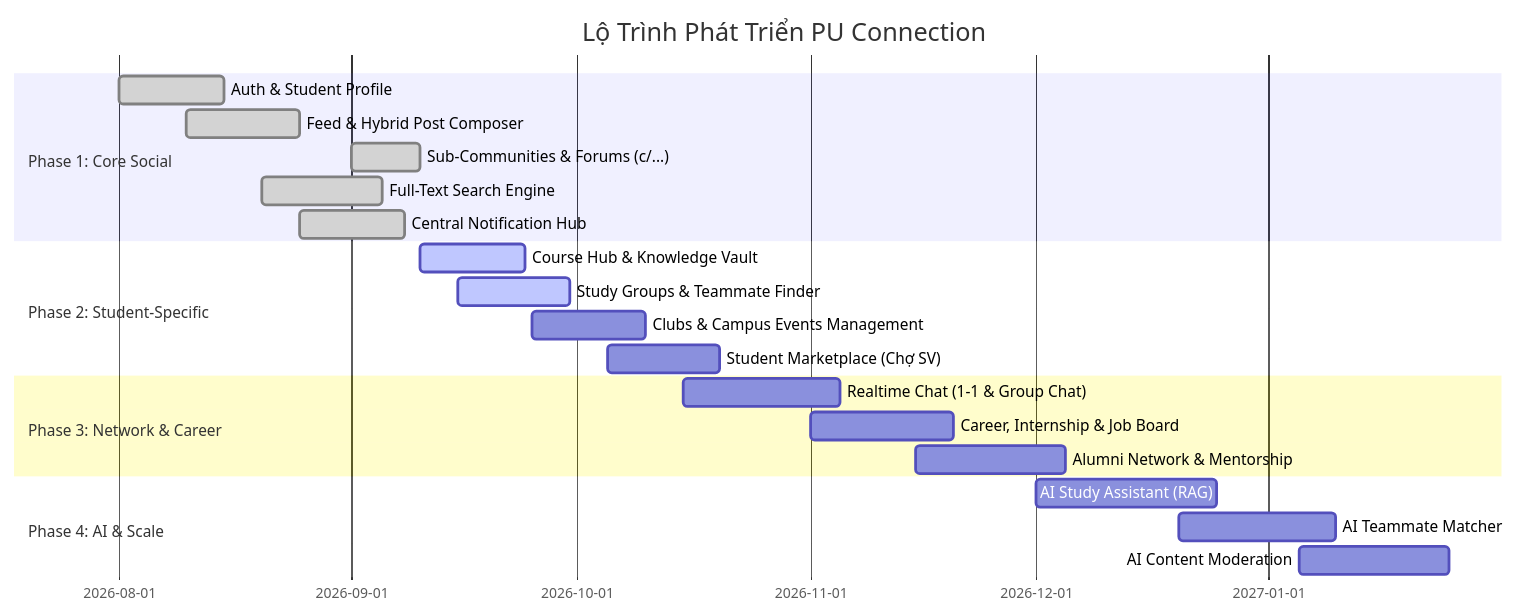
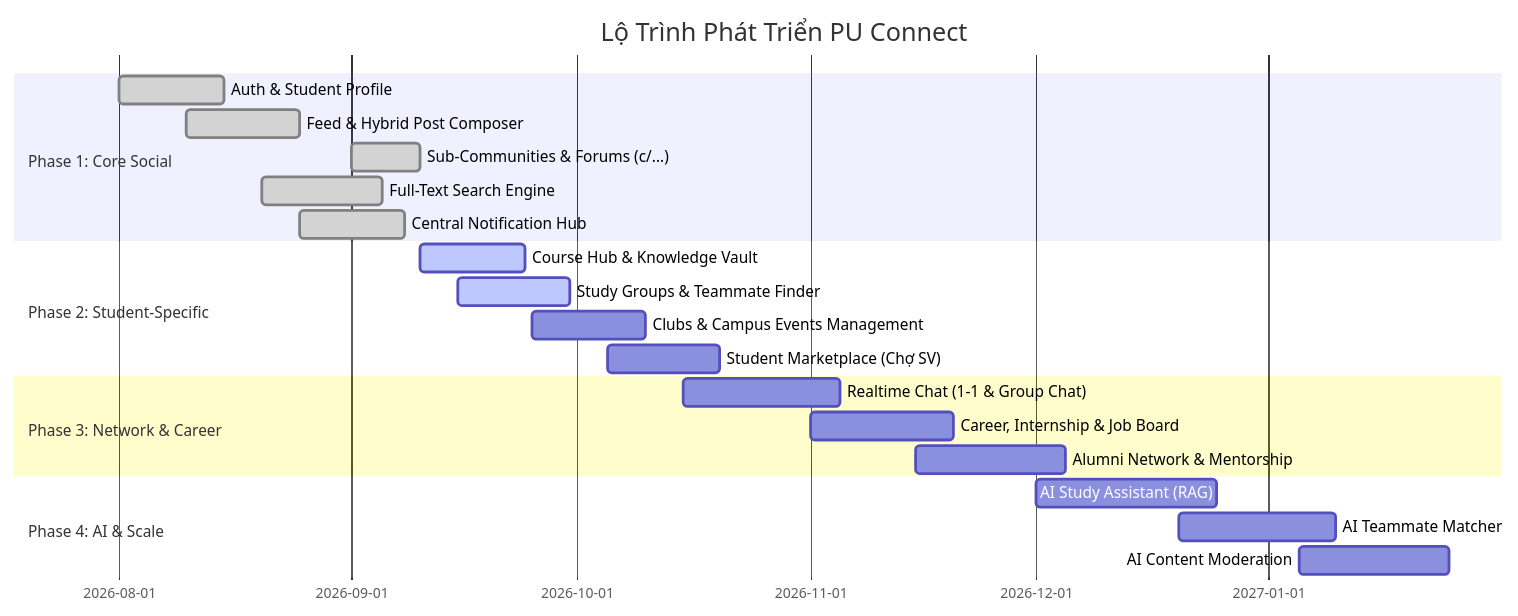
One commit to nhatcoi/pu-connect changed the second of 2 diagrams in docs/STUDENT_SOCIAL_NETWORK_MASTER_PLAN.md. Above: the diagram before and after it, drawn with Mermaid. The commit also changed other lines of this file and 122 other files, not shown here.

First line of the commit message:
chore: đổi tên thương hiệu PU Connector / PU Connection thành PU Connect

````diff
--- a/docs/STUDENT_SOCIAL_NETWORK_MASTER_PLAN.md
+++ b/docs/STUDENT_SOCIAL_NETWORK_MASTER_PLAN.md
@@ -243,27 +243,27 @@
 ```mermaid
 gantt
-    title Lộ Trình Phát Triển PU Connection
+    title Lộ Trình Phát Triển PU Connect
     dateFormat  YYYY-MM-DD
     section Phase 1: Core Social
     Auth & Student Profile           :done, p1_1, 2026-08-01, 2026-08-15
     Feed & Hybrid Post Composer      :done, p1_2, 2026-08-10, 2026-08-25
     Sub-Communities & Forums (c/...) :done, p1_3, 2026-09-01, 2026-09-10
     Full-Text Search Engine          :done, p1_4, 2026-08-20, 2026-09-05
     Central Notification Hub         :done, p1_5, 2026-08-25, 2026-09-08
 
     section Phase 2: Student-Specific
     Course Hub & Knowledge Vault     :active, p2_1, 2026-09-10, 2026-09-24
     Study Groups & Teammate Finder   :active, p2_2, 2026-09-15, 2026-09-30
     Clubs & Campus Events Management :p2_3, 2026-09-25, 2026-10-10
     Student Marketplace (Chợ SV)     :p2_4, 2026-10-05, 2026-10-20
 
     section Phase 3: Network & Career
     Realtime Chat (1-1 & Group Chat) :p3_1, 2026-10-15, 2026-11-05
     Career, Internship & Job Board   :p3_2, 2026-11-01, 2026-11-20
     Alumni Network & Mentorship      :p3_3, 2026-11-15, 2026-12-05
 
     section Phase 4: AI & Scale
     AI Study Assistant (RAG)         :p4_1, 2026-12-01, 2026-12-25
     AI Teammate Matcher              :p4_2, 2026-12-20, 2027-01-10
     AI Content Moderation            :p4_3, 2027-01-05, 2027-01-25
 ```
````
